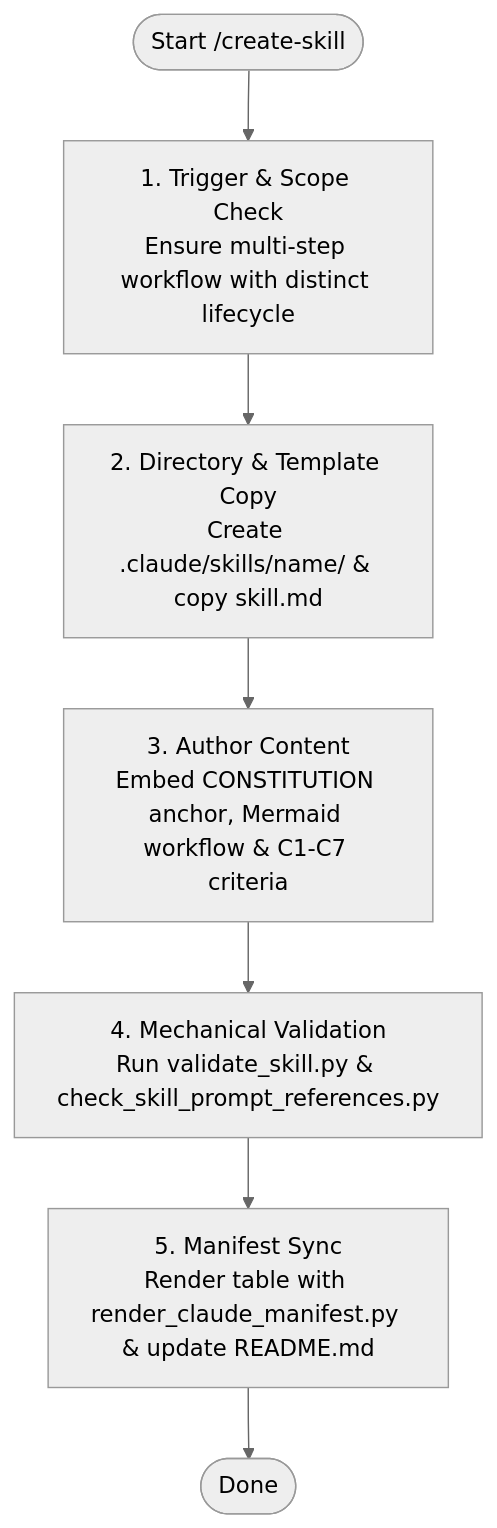
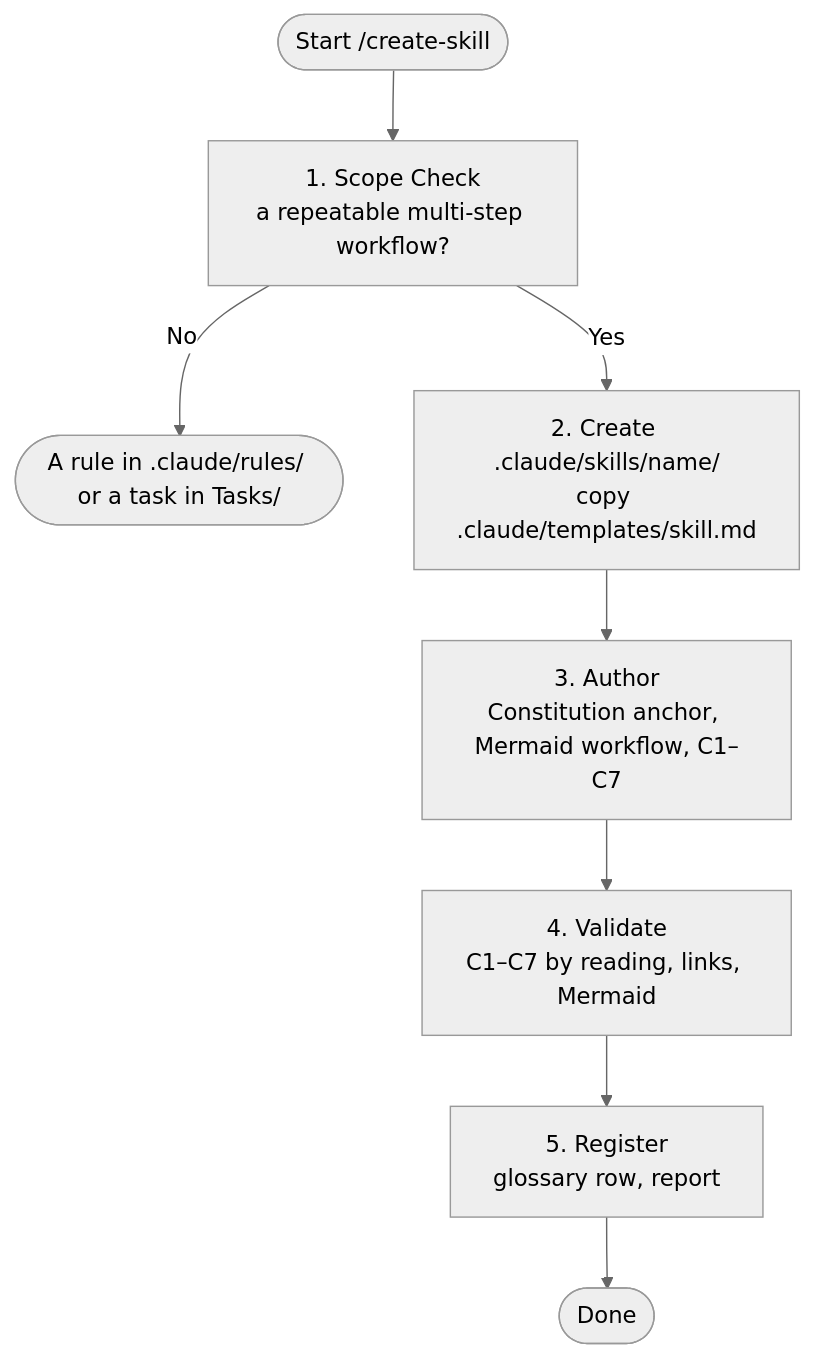
One commit to anhembedded/Youtube-Plan changed the diagram in .claude/skills/create-skill/SKILL.md. Above: the diagram before and after it, drawn with Mermaid (neutral theme). The commit also changed other lines of this file and 22 other files, not shown here.

````diff
--- a/.claude/skills/create-skill/SKILL.md
+++ b/.claude/skills/create-skill/SKILL.md
@@ -12,9 +12,10 @@
 ```mermaid
 flowchart TD
-    Start(["Start /create-skill"]) --> Trigger["1. Trigger & Scope Check<br/>Ensure multi-step workflow with distinct lifecycle"]
-    Trigger --> Setup["2. Directory & Template Copy<br/>Create .claude/skills/name/ & copy skill.md"]
-    Setup --> Author["3. Author Content<br/>Embed CONSTITUTION anchor, Mermaid workflow & C1-C7 criteria"]
-    Author --> Validate["4. Mechanical Validation<br/>Run validate_skill.py & check_skill_prompt_references.py"]
-    Validate --> Manifest["5. Manifest Sync<br/>Render table with render_claude_manifest.py & update README.md"]
-    Manifest --> Done(["Done"])
+    Start(["Start /create-skill"]) --> Trigger["1. Scope Check<br/>a repeatable multi-step workflow?"]
+    Trigger -- No --> Elsewhere(["A rule in .claude/rules/ or a task in Tasks/"])
+    Trigger -- Yes --> Setup["2. Create .claude/skills/name/<br/>copy .claude/templates/skill.md"]
+    Setup --> Author["3. Author<br/>Constitution anchor, Mermaid workflow, C1–C7"]
+    Author --> Validate["4. Validate<br/>C1–C7 by reading, links, Mermaid"]
+    Validate --> Register["5. Register<br/>glossary row, report"]
+    Register --> Done(["Done"])
 ```
````
